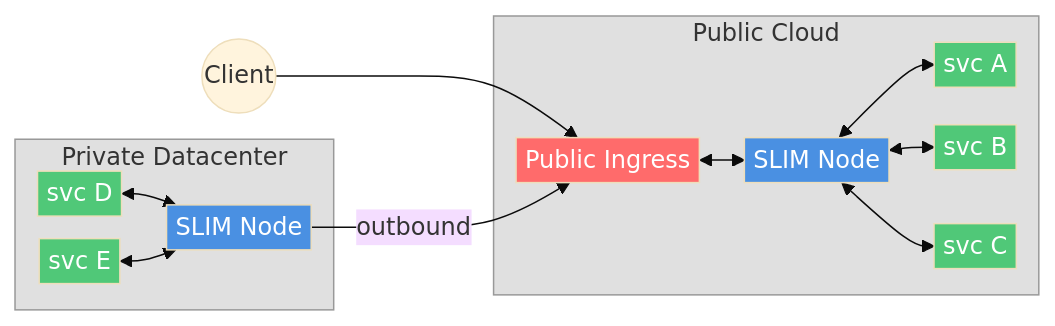
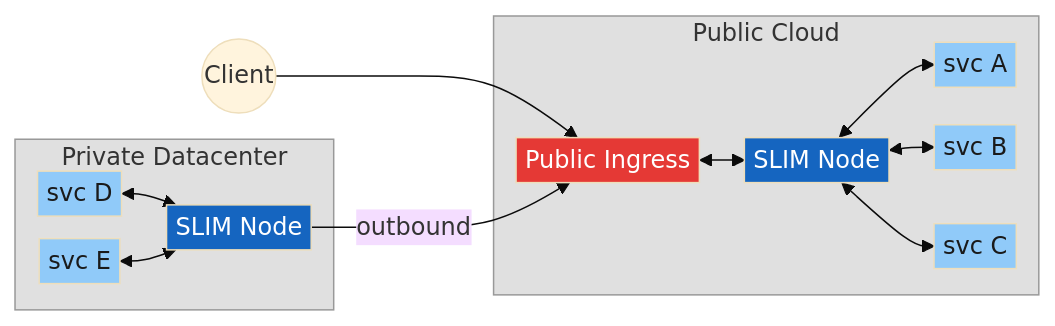
Before and after one commit to agntcy/blogs: the second of 7 diagrams in presentations/slim-multicluster-demo/slim-multicluster-demo.md, drawn with Mermaid (base theme). The commit also changed other lines of this file, not shown here.

````diff
--- a/presentations/slim-multicluster-demo/slim-multicluster-demo.md
+++ b/presentations/slim-multicluster-demo/slim-multicluster-demo.md
@@ -62,26 +62,26 @@
 ```mermaid
 %%{init: {'flowchart': {'nodeSpacing': 15, 'rankSpacing': 30, 'padding': 3}}}%%
 graph LR
     subgraph PRV["Private Datacenter"]
         S4[svc D] <--> SN2[SLIM Node]
         S5[svc E] <--> SN2
     end
     subgraph PUB["Public Cloud"]
         IG[Public Ingress] <--> SN1[SLIM Node]
         SN1 <--> S1[svc A]
         SN1 <--> S2[svc B]
         SN1 <--> S3[svc C]
     end
     C((Client)) --> IG
     SN2 -- "outbound" --> IG
-    style IG fill:#FF6B6B,color:#fff
-    style SN1 fill:#4A90E2,color:#fff
-    style SN2 fill:#4A90E2,color:#fff
-    style S1 fill:#50C878,color:#fff
-    style S2 fill:#50C878,color:#fff
-    style S3 fill:#50C878,color:#fff
-    style S4 fill:#50C878,color:#fff
-    style S5 fill:#50C878,color:#fff
+    style IG fill:#E53935,color:#fff
+    style SN1 fill:#1565C0,color:#fff
+    style SN2 fill:#1565C0,color:#fff
+    style S1 fill:#90CAF9,color:#1a1a1a
+    style S2 fill:#90CAF9,color:#1a1a1a
+    style S3 fill:#90CAF9,color:#1a1a1a
+    style S4 fill:#90CAF9,color:#1a1a1a
+    style S5 fill:#90CAF9,color:#1a1a1a
     style PUB fill:#e0e0e0,stroke:#999,color:#333
     style PRV fill:#e0e0e0,stroke:#999,color:#333
 ```
````
